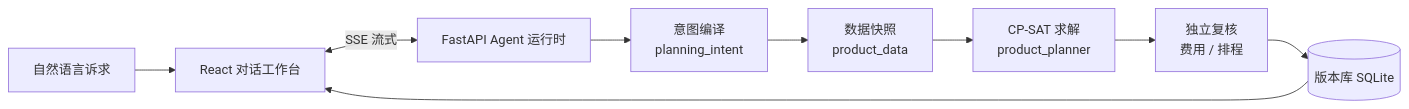
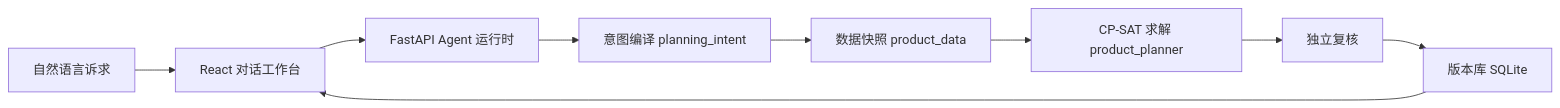
The diagram in README.md (DrYuany/ai-maintenance-window-forecast), drawn with Mermaid before and after one commit. The commit also changed other lines of this file, not shown here.

Commit message:
docs: 修正 README 架构图渲染与截图
- Mermaid 图改用基础语法（去掉 <br/> 与圆柱形，GitHub 可正常渲染）
- 移除显示 failed 状态的截图

````diff
--- a/README.md
+++ b/README.md
@@ -31,11 +31,11 @@
 ```mermaid
 flowchart LR
-    NL[自然语言诉求] --> FE[React 对话工作台]
-    FE <-->|SSE 流式| BE[FastAPI Agent 运行时]
-    BE --> IC[意图编译<br/>planning_intent]
-    IC --> DS[数据快照<br/>product_data]
-    DS --> SO[CP-SAT 求解<br/>product_planner]
-    SO --> VR[独立复核<br/>费用 / 排程]
-    VR --> DB[(版本库 SQLite)]
-    DB --> FE
+    A[自然语言诉求] --> B[React 对话工作台]
+    B --> C[FastAPI Agent 运行时]
+    C --> D[意图编译 planning_intent]
+    D --> E[数据快照 product_data]
+    E --> F[CP-SAT 求解 product_planner]
+    F --> G[独立复核]
+    G --> H[版本库 SQLite]
+    H --> B
 ```
````
